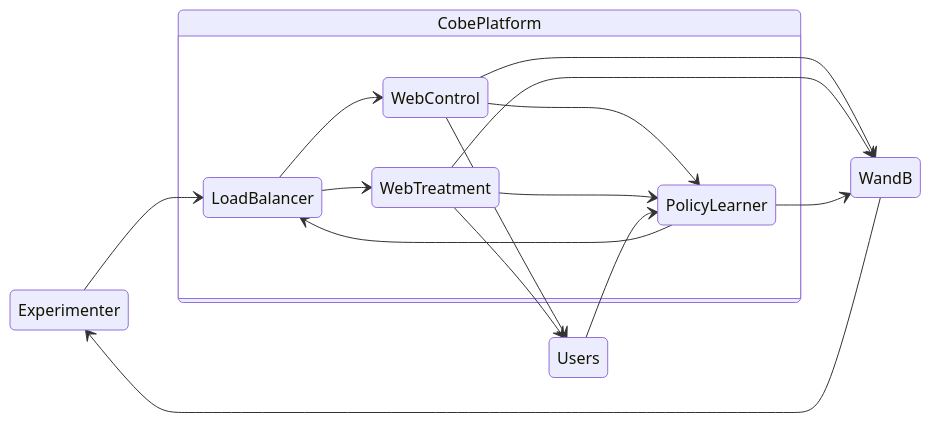
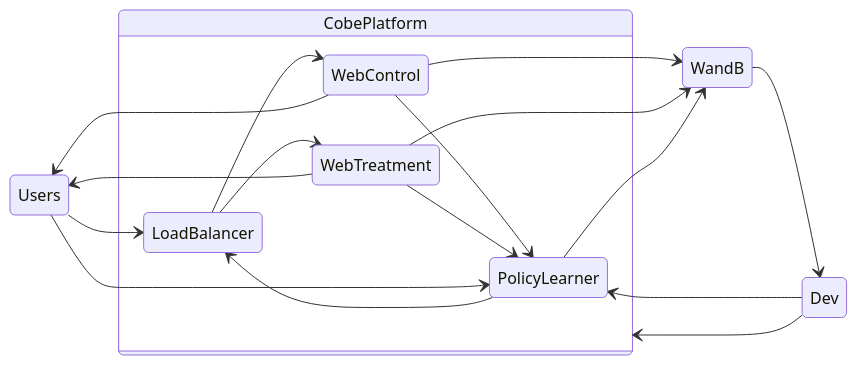
Before and after one commit to wirrywoo/COBRA: the diagram in README.md, drawn with Mermaid.

````diff
--- a/README.md
+++ b/README.md
@@ -89,21 +89,24 @@
 ```mermaid
 stateDiagram-v2
     direction LR
-    Experimenter --> LoadBalancer
+    Users --> LoadBalancer
+    Dev --> CobePlatform
+
 
     state CobePlatform {
         direction LR
         LoadBalancer --> WebControl
         LoadBalancer --> WebTreatment
         WebControl --> PolicyLearner
         WebTreatment --> PolicyLearner
         PolicyLearner --> LoadBalancer
     }
     WebControl --> Users
     WebTreatment --> Users
     Users --> PolicyLearner
     WebControl --> WandB
     WebTreatment --> WandB
     PolicyLearner --> WandB
-    WandB --> Experimenter
+    WandB --> Dev
+    Dev --> PolicyLearner
 ```
````
